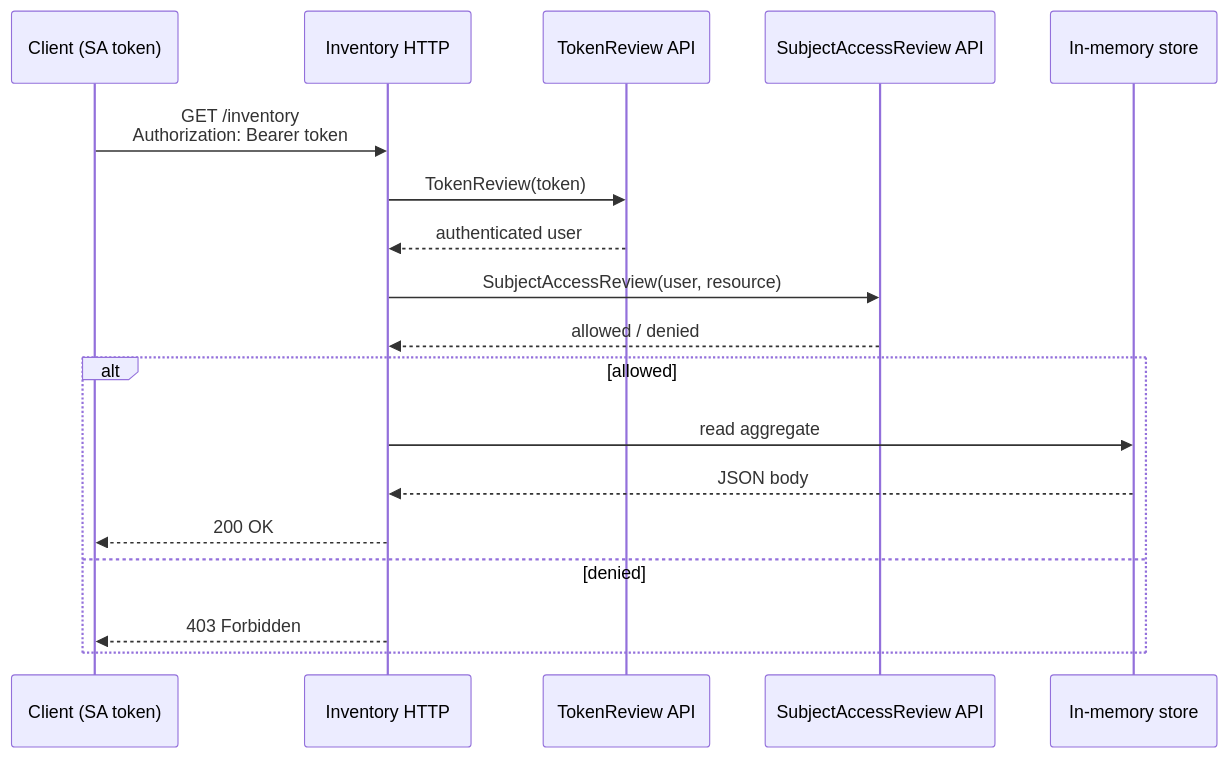
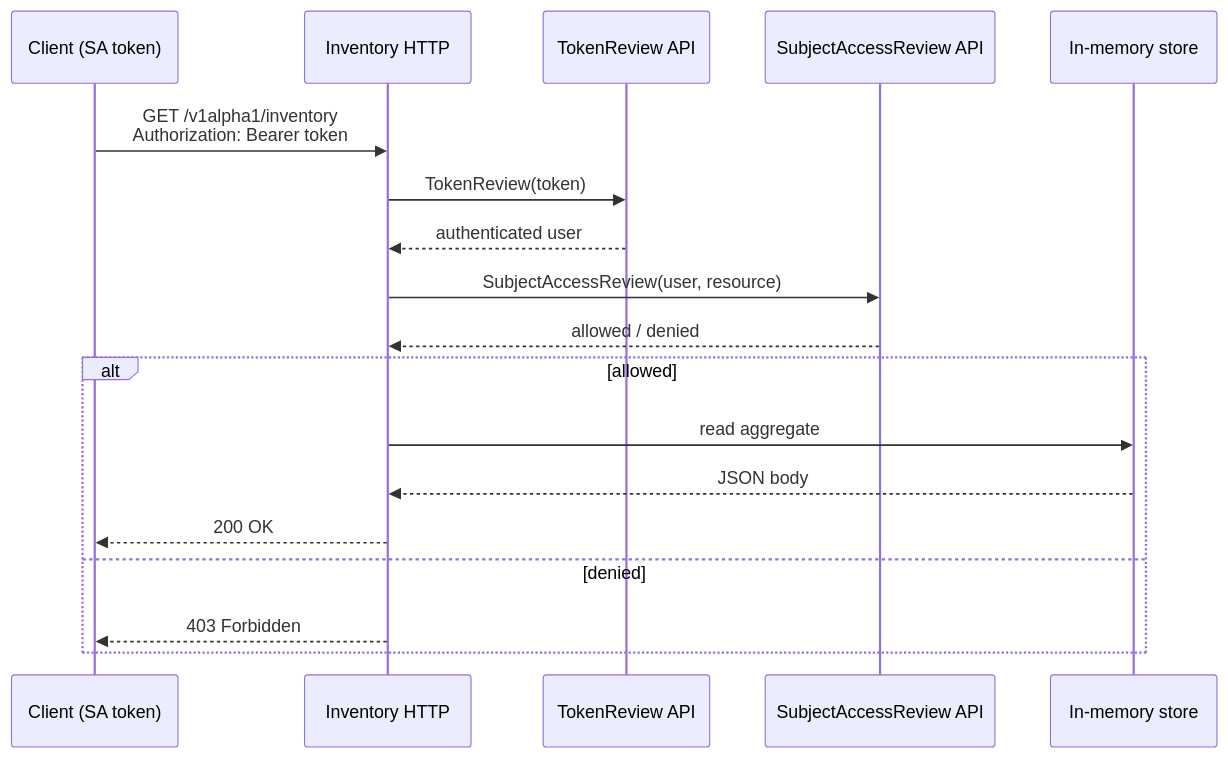
The first of 2 diagrams in docs/adr/0024-inventory-api-auth.md (PlatformRelay/Kollect), drawn with Mermaid before and after one commit. The commit also changed other lines of this file and 11 other files, not shown here.

````diff
--- a/docs/adr/0024-inventory-api-auth.md
+++ b/docs/adr/0024-inventory-api-auth.md
@@ -56,21 +66,21 @@
 ```mermaid
 sequenceDiagram
   participant Client as Client (SA token)
   participant HTTP as Inventory HTTP
   participant TR as TokenReview API
   participant SAR as SubjectAccessReview API
   participant Store as In-memory store
 
-  Client->>HTTP: GET /inventory<br/>Authorization: Bearer token
+  Client->>HTTP: GET /v1alpha1/inventory<br/>Authorization: Bearer token
   HTTP->>TR: TokenReview(token)
   TR-->>HTTP: authenticated user
   HTTP->>SAR: SubjectAccessReview(user, resource)
   SAR-->>HTTP: allowed / denied
   alt allowed
     HTTP->>Store: read aggregate
     Store-->>HTTP: JSON body
     HTTP-->>Client: 200 OK
   else denied
     HTTP-->>Client: 403 Forbidden
   end
 ```
````
